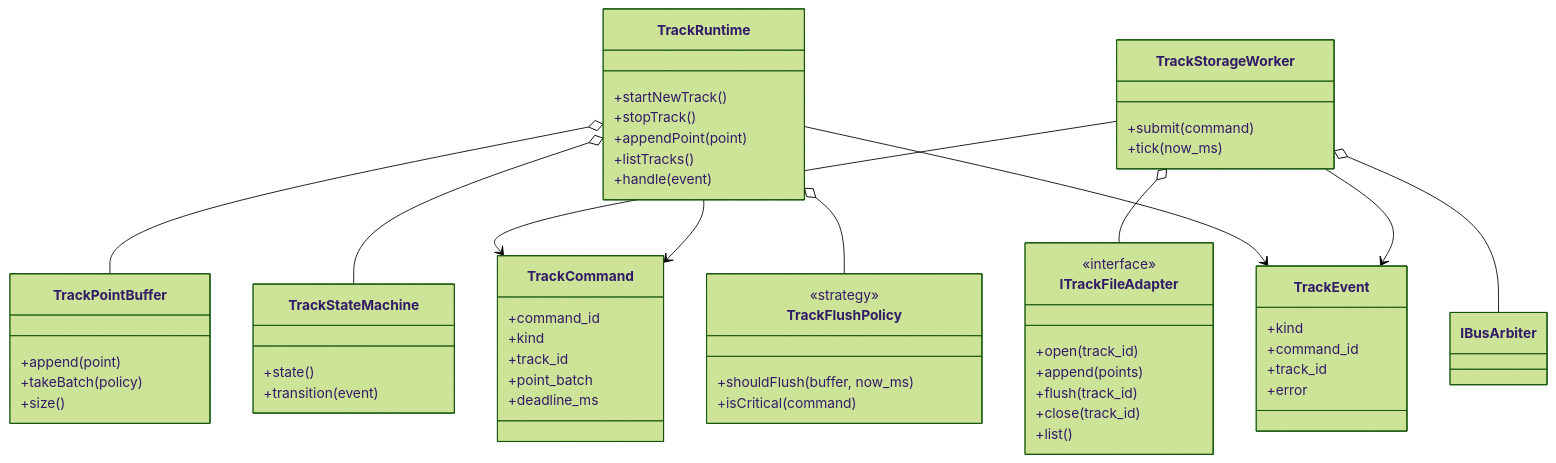
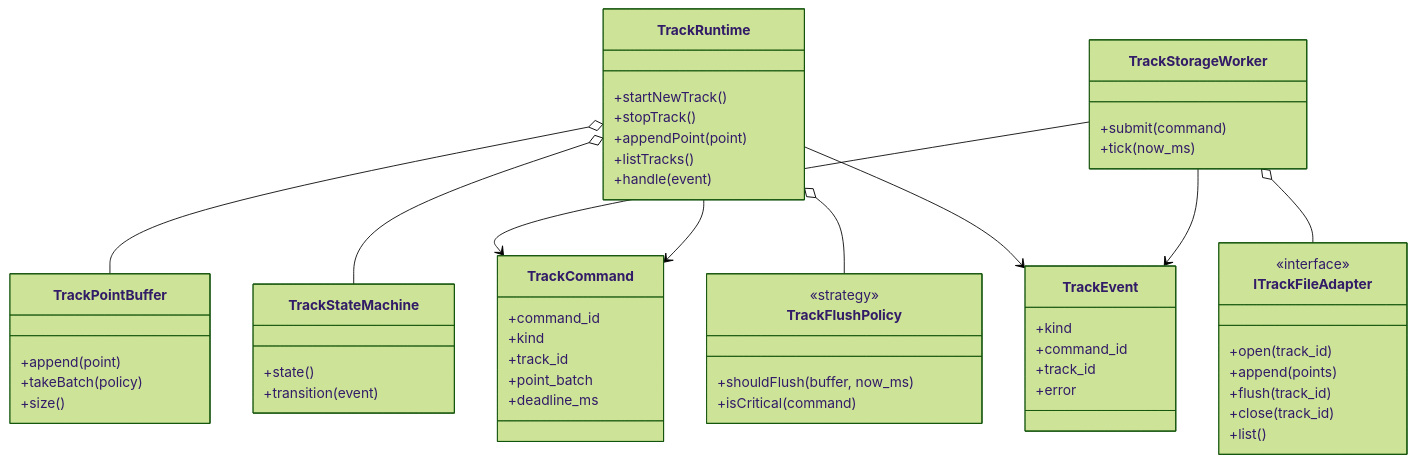
One commit to manmuqingshan/trail-mate changed the seventh of 23 diagrams in docs/specification/UI_STORAGE_EVENT_RUNTIME_DESIGN_SPEC.md. Above: the diagram before and after it, drawn with Mermaid (forest theme). The commit also changed other lines of this file and 95 other files, not shown here.

````diff
--- a/docs/specification/UI_STORAGE_EVENT_RUNTIME_DESIGN_SPEC.md
+++ b/docs/specification/UI_STORAGE_EVENT_RUNTIME_DESIGN_SPEC.md
@@ -1236,66 +703,65 @@
 ```mermaid
 classDiagram
   class TrackRuntime {
     +startNewTrack()
     +stopTrack()
     +appendPoint(point)
     +listTracks()
     +handle(event)
   }
 
   class TrackCommand {
     +command_id
     +kind
     +track_id
     +point_batch
     +deadline_ms
   }
 
   class TrackPointBuffer {
     +append(point)
     +takeBatch(policy)
     +size()
   }
 
   class TrackFlushPolicy {
     <<strategy>>
     +shouldFlush(buffer, now_ms)
     +isCritical(command)
   }
 
   class TrackStateMachine {
     +state()
     +transition(event)
   }
 
   class TrackStorageWorker {
     +submit(command)
     +tick(now_ms)
   }
 
   class ITrackFileAdapter {
     <<interface>>
     +open(track_id)
     +append(points)
     +flush(track_id)
     +close(track_id)
     +list()
   }
 
   class TrackEvent {
     +kind
     +command_id
     +track_id
     +error
   }
 
   TrackRuntime --> TrackCommand
   TrackRuntime o-- TrackPointBuffer
   TrackRuntime o-- TrackStateMachine
   TrackRuntime o-- TrackFlushPolicy
   TrackStorageWorker --> TrackCommand
   TrackStorageWorker o-- ITrackFileAdapter
-  TrackStorageWorker o-- IBusArbiter
   TrackStorageWorker --> TrackEvent
   TrackRuntime --> TrackEvent
 ```
````
